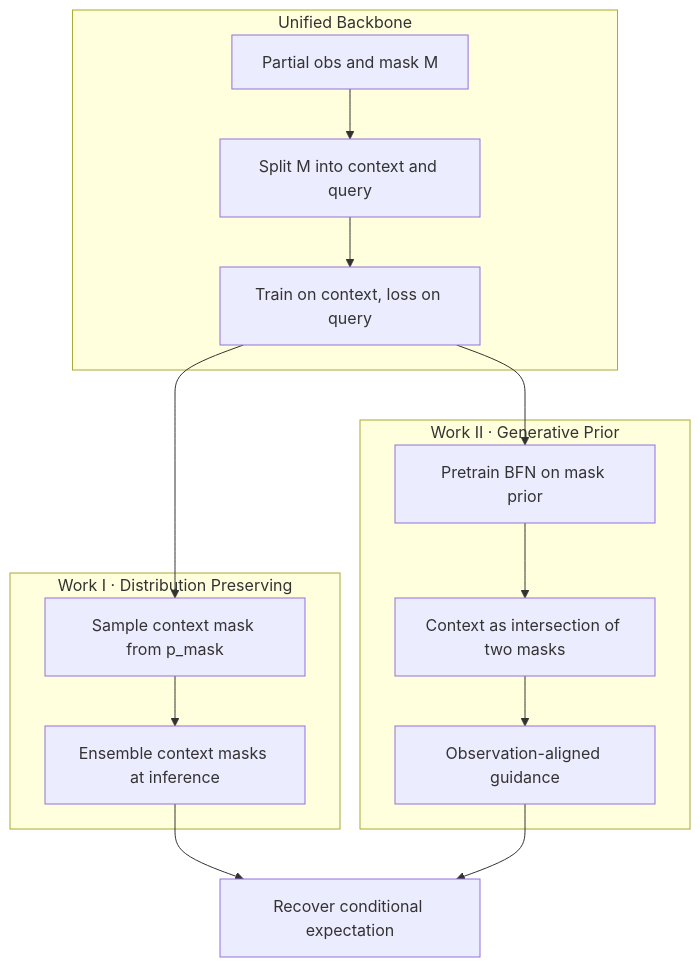
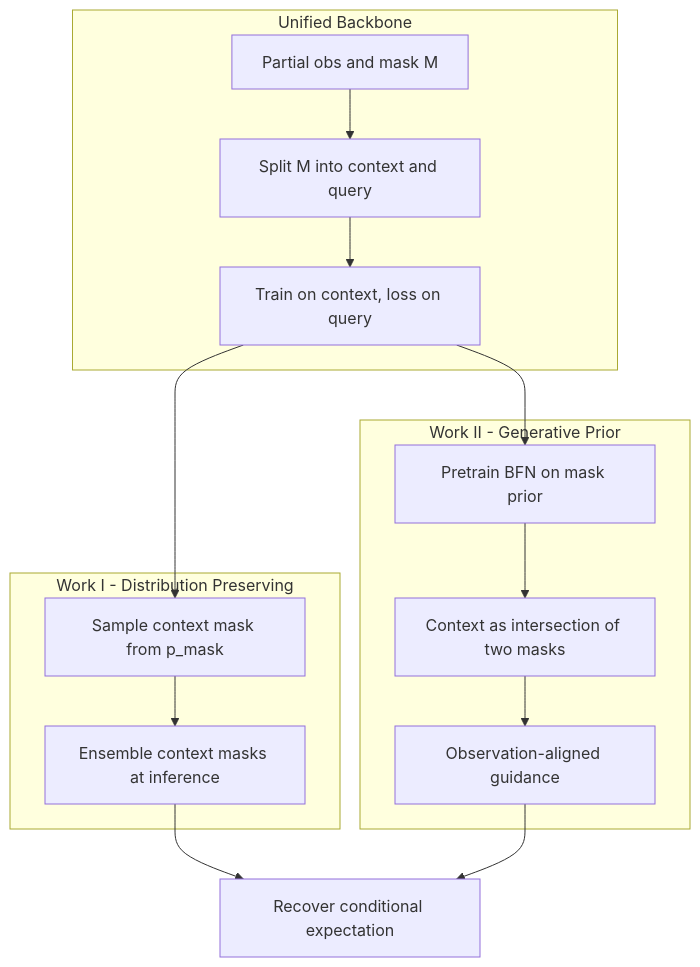
One commit to zzhnomorebugs/zzhnomorebugs.github.io changed the diagram in _research/context-query-dynamics.md. Above: the diagram before and after it, drawn with Mermaid. The commit also changed 3 other files, not shown here.

```diff
--- a/_research/context-query-dynamics.md
+++ b/_research/context-query-dynamics.md
@@ -39,31 +39,31 @@
 <div class="mermaid">
 flowchart TB
-  subgraph backbone [Unified Backbone]
+  subgraph backbone["Unified Backbone"]
     obs["Partial obs and mask M"]
     split["Split M into context and query"]
     train["Train on context, loss on query"]
     obs --> split
     split --> train
   end
 
-  subgraph work1 [Work I · Distribution Preserving]
+  subgraph work1["Work I - Distribution Preserving"]
     part1["Sample context mask from p_mask"]
     ens["Ensemble context masks at inference"]
     part1 --> ens
   end
 
-  subgraph work2 [Work II · Generative Prior]
+  subgraph work2["Work II - Generative Prior"]
     bfn["Pretrain BFN on mask prior"]
     inter["Context as intersection of two masks"]
     guide["Observation-aligned guidance"]
     bfn --> inter
     inter --> guide
   end
 
   out["Recover conditional expectation"]
 
   train --> part1
   train --> bfn
   ens --> out
   guide --> out
 </div>
```
